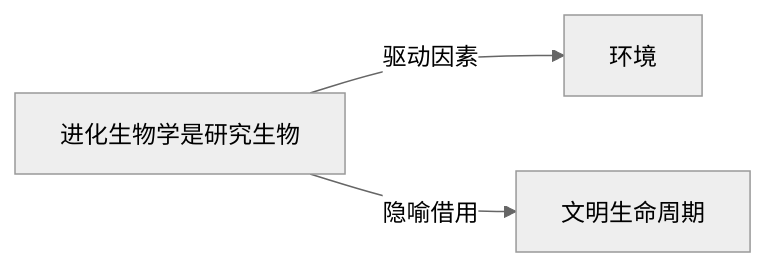
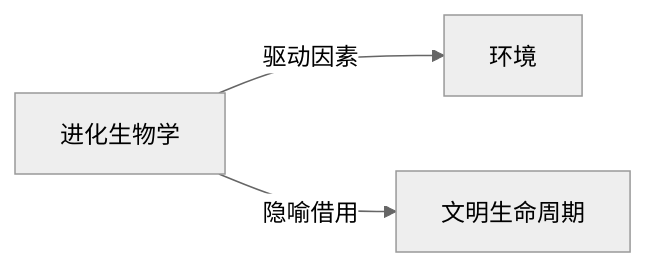
One commit to KIMMCHOW/MyKnowledge changed the diagram in Knowledge/Concepts/生物学/进化生物学.md. Above: the diagram before and after it, drawn with Mermaid (neutral theme). The commit also changed 96 other files, not shown here.

Commit message:
fix: 修复概念页关系图节点并补齐缺失关联

````diff
--- a/Knowledge/Concepts/生物学/进化生物学.md
+++ b/Knowledge/Concepts/生物学/进化生物学.md
@@ -42,5 +42,5 @@
 ```mermaid
 graph LR
-    进化生物学是研究生物 -->|驱动因素| 环境
-    进化生物学是研究生物 -->|隐喻借用| 文明生命周期
+进化生物学 -->|驱动因素| 环境
+进化生物学 -->|隐喻借用| 文明生命周期
 ```
````
